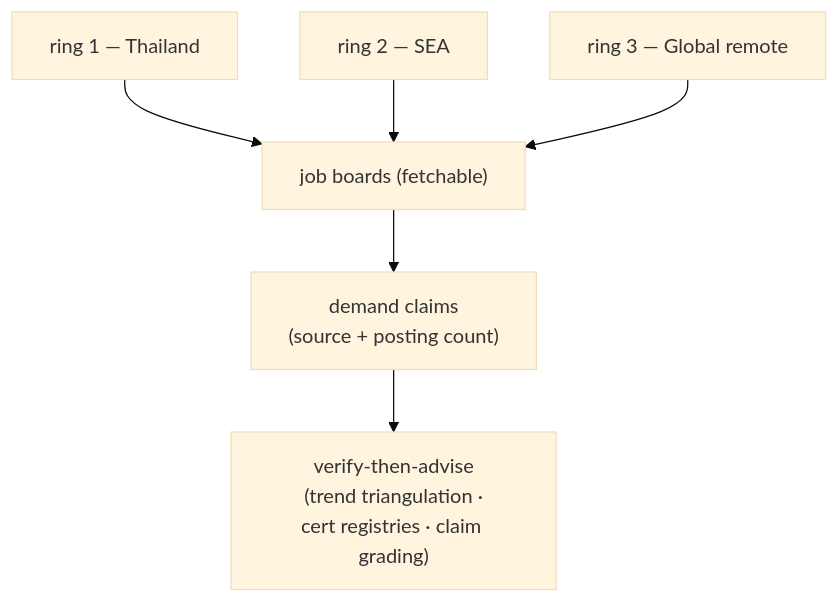
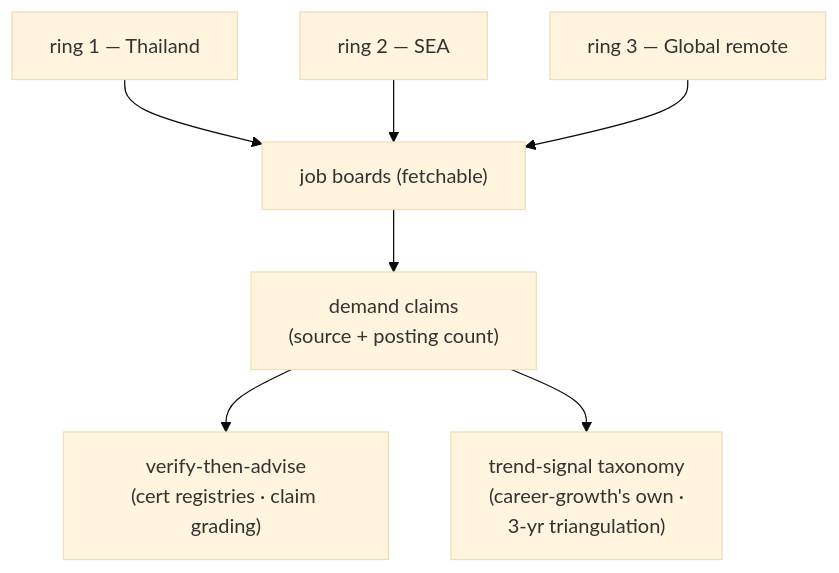
The diagram in plugins/dev-workflows/skills/career-growth/references/market-sources.md (ThodsaphonSonthiphin/workflow-daily-work), drawn with Mermaid (base theme) before and after one commit. The commit also changed other lines of this file and 3 other files, not shown here.

First line of the commit message:
fix(dev-workflows): career-growth - restore trend taxonomy, commit growth-state with the round

````diff
--- a/plugins/dev-workflows/skills/career-growth/references/market-sources.md
+++ b/plugins/dev-workflows/skills/career-growth/references/market-sources.md
@@ -11,8 +12,9 @@
 ```mermaid
 flowchart TD
     R1["ring 1 — Thailand"] --> B["job boards (fetchable)"]
     R2["ring 2 — SEA"] --> B
     R3["ring 3 — Global remote"] --> B
     B --> DC["demand claims<br/>(source + posting count)"]
-    DC --> VTA["verify-then-advise<br/>(trend triangulation ·<br/>cert registries · claim grading)"]
+    DC --> VTA["verify-then-advise<br/>(cert registries · claim grading)"]
+    DC --> TT["trend-signal taxonomy<br/>(career-growth's own ·<br/>3-yr triangulation)"]
 ```
````
